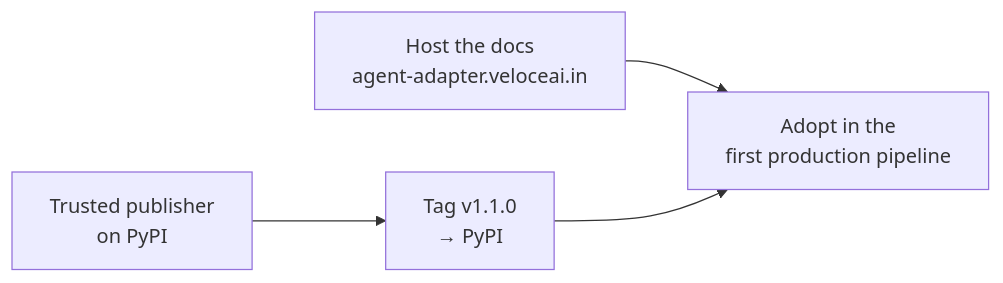
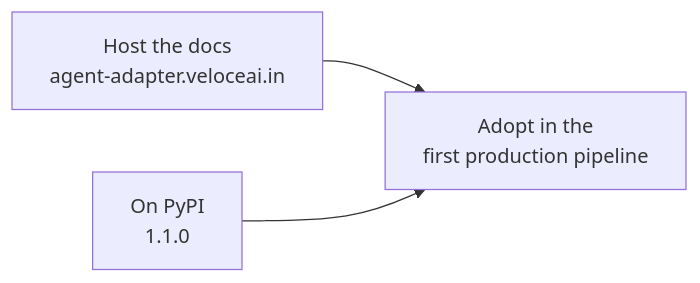
Before and after one commit to VeloceAI/agent-adapter: the diagram in NEXT_STEPS.md, drawn with Mermaid. The commit also changed other lines of this file, not shown here.

````diff
--- a/NEXT_STEPS.md
+++ b/NEXT_STEPS.md
@@ -7,6 +9,5 @@
 ```mermaid
 flowchart LR
-  T["Trusted publisher<br/>on PyPI"] --> P["Tag v1.1.0<br/>→ PyPI"]
   D["Host the docs<br/>agent-adapter.veloceai.in"] --> A["Adopt in the<br/>first production pipeline"]
-  P --> A
+  P["On PyPI<br/>1.1.0"] --> A
 ```
````
